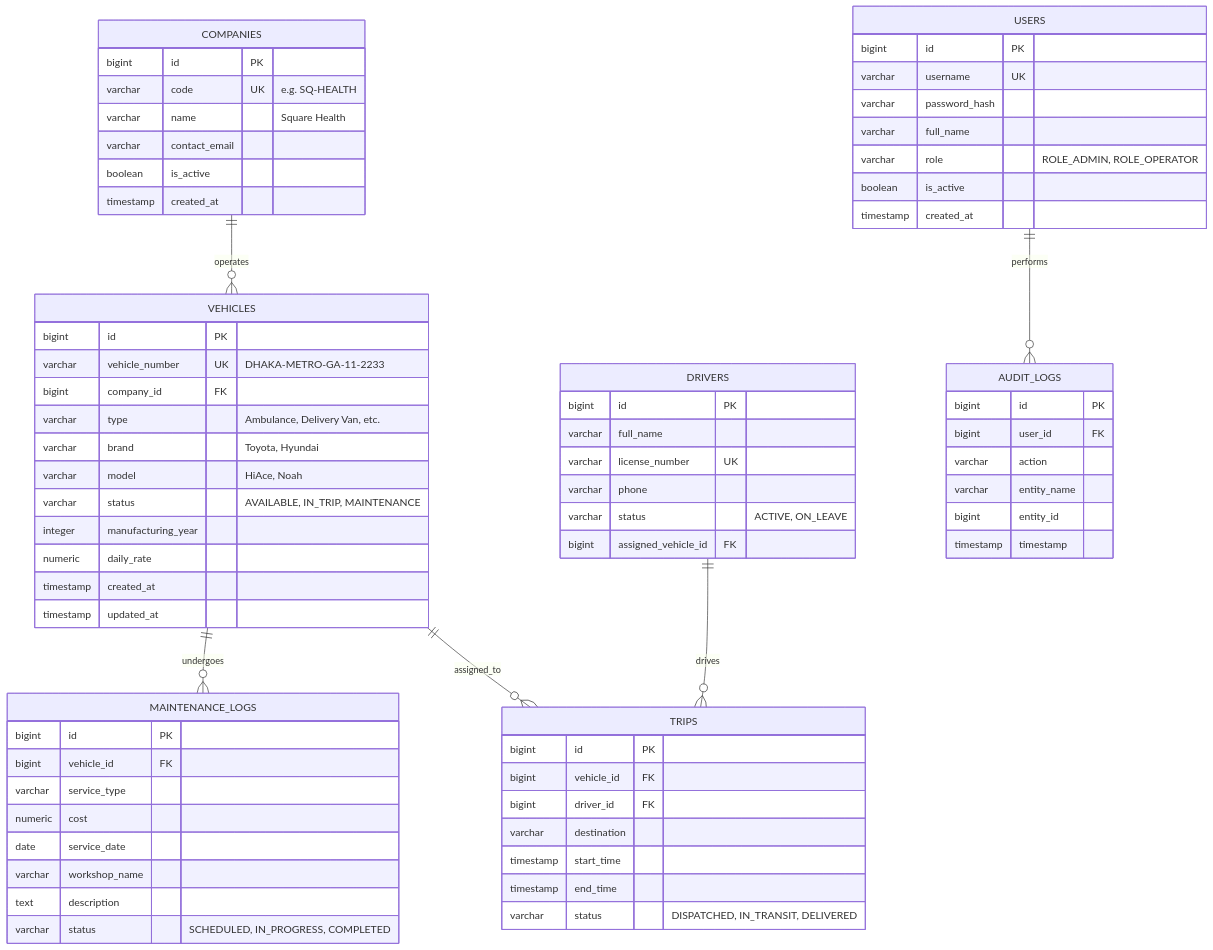
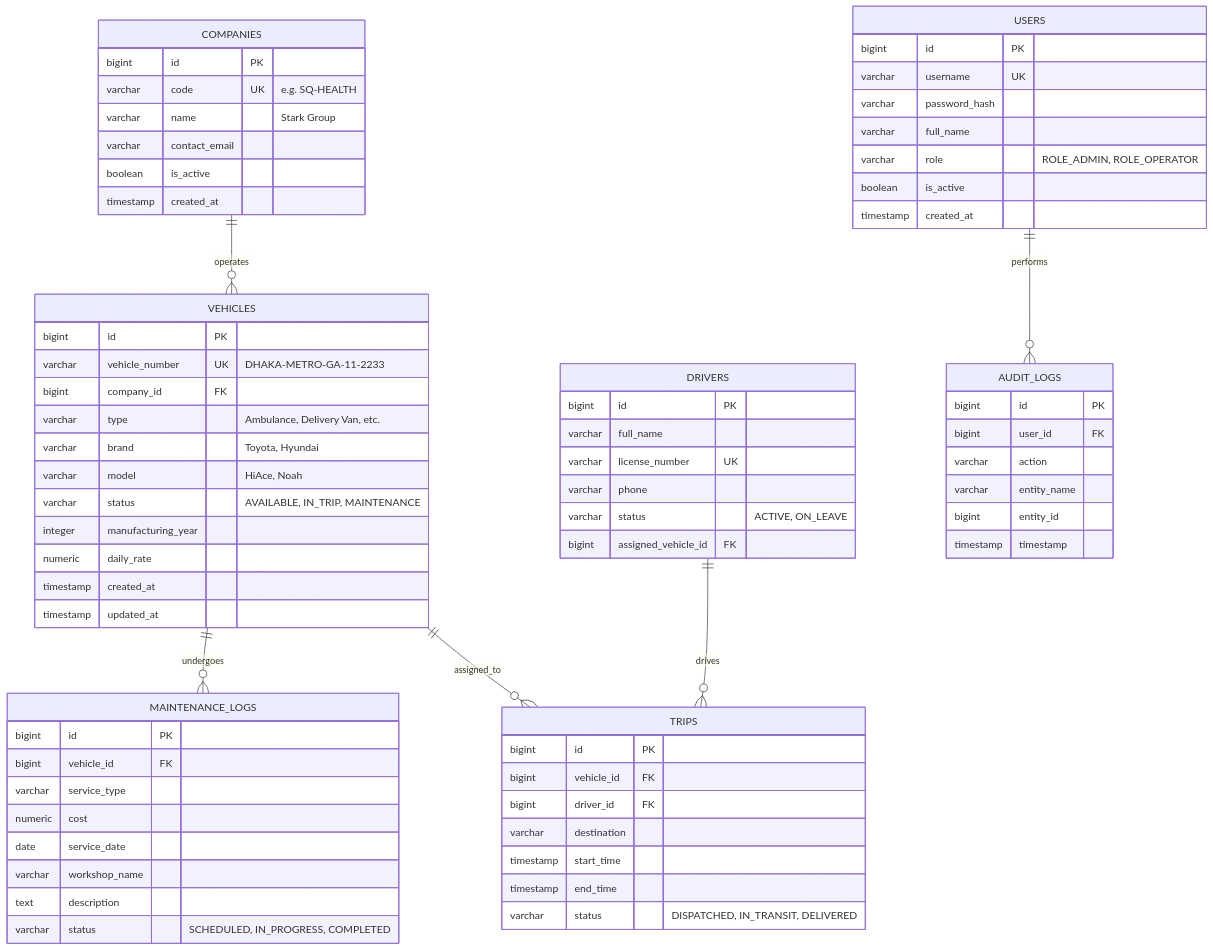
The diagram in specifications/STEP_4_DATABASE_SPECIFICATION.md (AkmKawser/SquareHealth-VMS), drawn with Mermaid before and after one commit. The commit also changed other lines of this file and 53 other files, not shown here.

Commit message:
refactor: rename project title to StarkGroup-VMS across codebase and documentation

````diff
--- a/specifications/STEP_4_DATABASE_SPECIFICATION.md
+++ b/specifications/STEP_4_DATABASE_SPECIFICATION.md
@@ -22,80 +22,80 @@
 ```mermaid
 erDiagram
     COMPANIES ||--o{ VEHICLES : "operates"
     VEHICLES ||--o{ MAINTENANCE_LOGS : "undergoes"
     VEHICLES ||--o{ TRIPS : "assigned_to"
     DRIVERS ||--o{ TRIPS : "drives"
     USERS ||--o{ AUDIT_LOGS : "performs"
 
     COMPANIES {
         bigint id PK
         varchar code UK "e.g. SQ-HEALTH"
-        varchar name "Square Health"
+        varchar name "Stark Group"
         varchar contact_email
         boolean is_active
         timestamp created_at
     }
 
     VEHICLES {
         bigint id PK
         varchar vehicle_number UK "DHAKA-METRO-GA-11-2233"
         bigint company_id FK
         varchar type "Ambulance, Delivery Van, etc."
         varchar brand "Toyota, Hyundai"
         varchar model "HiAce, Noah"
         varchar status "AVAILABLE, IN_TRIP, MAINTENANCE"
         integer manufacturing_year
         numeric daily_rate
         timestamp created_at
         timestamp updated_at
     }
 
     DRIVERS {
         bigint id PK
         varchar full_name
         varchar license_number UK
         varchar phone
         varchar status "ACTIVE, ON_LEAVE"
         bigint assigned_vehicle_id FK
     }
 
     MAINTENANCE_LOGS {
         bigint id PK
         bigint vehicle_id FK
         varchar service_type
         numeric cost
         date service_date
         varchar workshop_name
         text description
         varchar status "SCHEDULED, IN_PROGRESS, COMPLETED"
     }
 
     TRIPS {
         bigint id PK
         bigint vehicle_id FK
         bigint driver_id FK
         varchar destination
         timestamp start_time
         timestamp end_time
         varchar status "DISPATCHED, IN_TRANSIT, DELIVERED"
     }
 
     USERS {
         bigint id PK
         varchar username UK
         varchar password_hash
         varchar full_name
         varchar role "ROLE_ADMIN, ROLE_OPERATOR"
         boolean is_active
         timestamp created_at
     }
 
     AUDIT_LOGS {
         bigint id PK
         bigint user_id FK
         varchar action
         varchar entity_name
         bigint entity_id
         timestamp timestamp
     }
 ```
````
